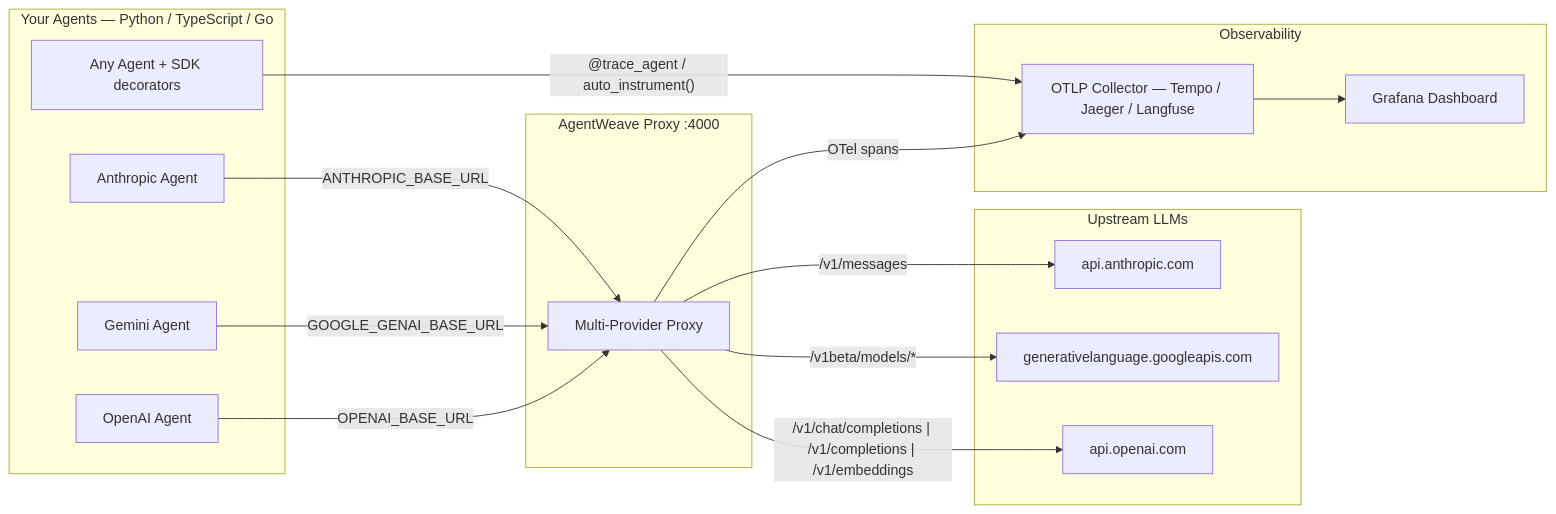
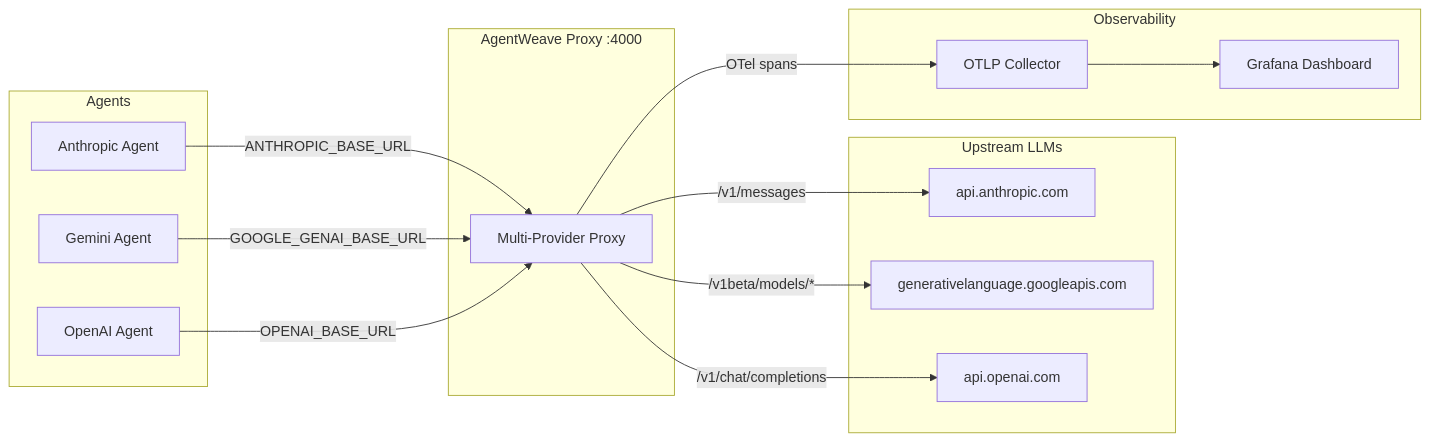
One commit to arniesaha/agentweave changed the diagram in README.md. Above: the diagram before and after it, drawn with Mermaid.

Commit message:
docs: simplify Mermaid diagram — remove out-of-subgraph node causing layout overlap

````diff
--- a/README.md
+++ b/README.md
@@ -21,35 +21,33 @@
 ```mermaid
 graph LR
-    subgraph Agents["Your Agents — Python / TypeScript / Go"]
+    subgraph Agents["Agents"]
         A1["Anthropic Agent"]
         A2["Gemini Agent"]
         A3["OpenAI Agent"]
-        A4["Any Agent + SDK decorators"]
     end
 
     subgraph Proxy["AgentWeave Proxy :4000"]
         P["Multi-Provider Proxy"]
     end
 
     subgraph LLMs["Upstream LLMs"]
         AN[api.anthropic.com]
         GO[generativelanguage.googleapis.com]
         OA[api.openai.com]
     end
 
     subgraph Observability
-        OT["OTLP Collector — Tempo / Jaeger / Langfuse"]
+        OT["OTLP Collector"]
         GR["Grafana Dashboard"]
     end
 
     A1 -- "ANTHROPIC_BASE_URL" --> P
     A2 -- "GOOGLE_GENAI_BASE_URL" --> P
     A3 -- "OPENAI_BASE_URL" --> P
-    A4 -- "@trace_agent / auto_instrument()" --> OT
 
     P -- "/v1/messages" --> AN
     P -- "/v1beta/models/*" --> GO
-    P -- "/v1/chat/completions | /v1/completions | /v1/embeddings" --> OA
+    P -- "/v1/chat/completions" --> OA
     P -- "OTel spans" --> OT
     OT --> GR
 ```
````
